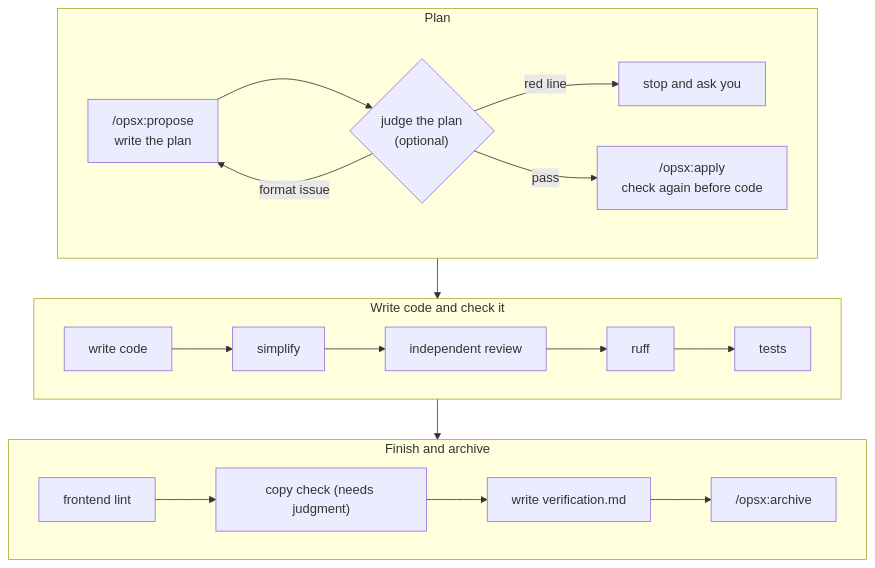
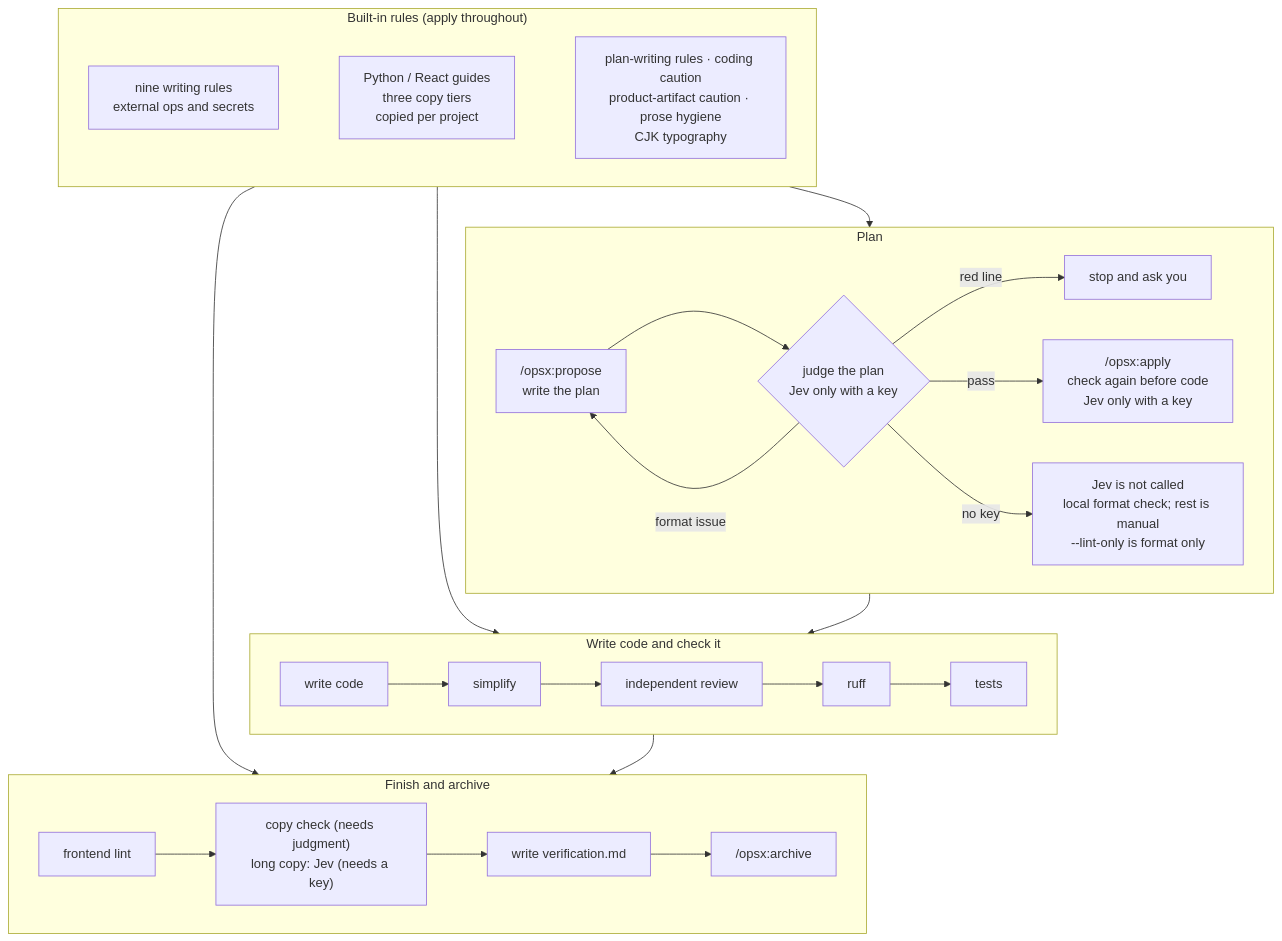
The diagram in README.en.md (rulemason/rulemason), drawn with Mermaid before and after one commit. The commit also changed other lines of this file and 1 other file, not shown here.

Commit message:
docs(readme): 流程图补上 Jev 和内置规则
判断只在有 key 时交给 Jev；格式检查留在本机。内置规则单独成一行，并连到三个阶段。

````diff
--- a/README.en.md
+++ b/README.en.md
@@ -88,19 +88,31 @@
 ```mermaid
 flowchart TB
+  subgraph rules["Built-in rules (apply throughout)"]
+    direction LR
+    R1["nine writing rules<br/>external ops and secrets"]
+    R2["Python / React guides<br/>three copy tiers<br/>copied per project"]
+    R3["plan-writing rules · coding caution<br/>product-artifact caution · prose hygiene<br/>CJK typography"]
+    R1 ~~~ R2 ~~~ R3
+  end
   subgraph plan["Plan"]
     direction LR
-    A["/opsx:propose<br/>write the plan"] --> B{"judge the plan<br/>(optional)"}
+    A["/opsx:propose<br/>write the plan"] --> B{"judge the plan<br/>Jev only with a key"}
     B -- format issue --> A
     B -- red line --> U["stop and ask you"]
-    B -- pass --> C["/opsx:apply<br/>check again before code"]
+    B -- pass --> C["/opsx:apply<br/>check again before code<br/>Jev only with a key"]
+    B -- no key --> N["Jev is not called<br/>local format check; rest is manual<br/>--lint-only is format only"]
   end
   subgraph build["Write code and check it"]
     direction LR
     D["write code"] --> E["simplify"] --> F["independent review"] --> G["ruff"] --> H["tests"]
   end
   subgraph finish["Finish and archive"]
     direction LR
-    I["frontend lint"] --> J["copy check (needs judgment)"] --> K["write verification.md"] --> L["/opsx:archive"]
+    I["frontend lint"] --> J["copy check (needs judgment)<br/>long copy: Jev (needs a key)"] --> K["write verification.md"] --> L["/opsx:archive"]
   end
-  plan --> build --> finish
+  rules --> plan
+  rules --> build
+  rules --> finish
+  plan --> build
+  build --> finish
 ```
````
